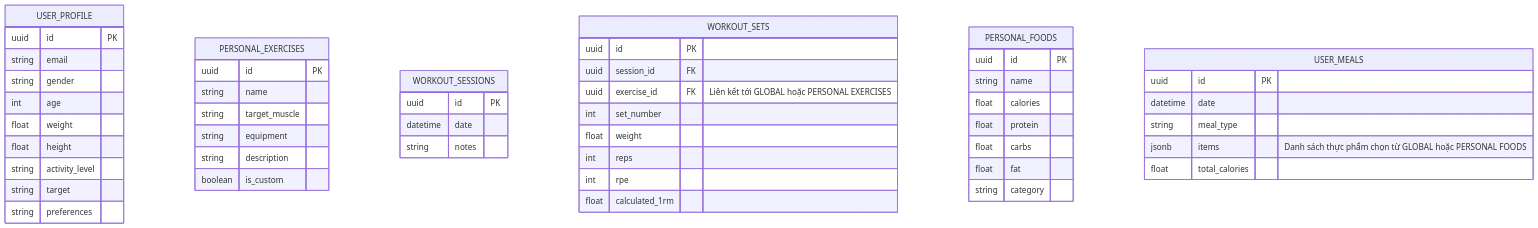
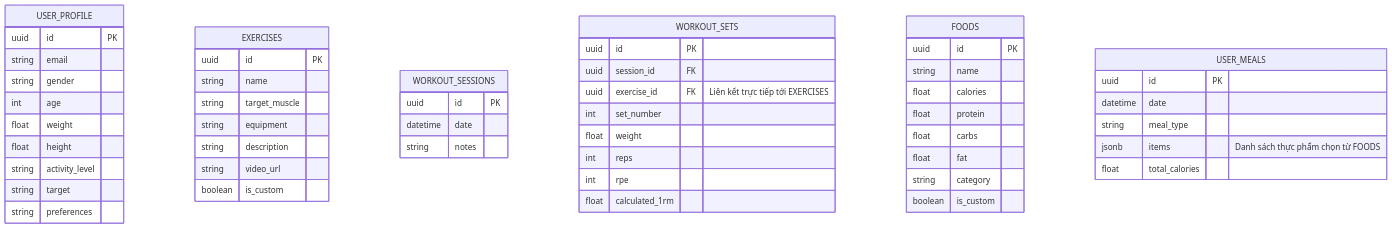
Before and after one commit to felixilars/Aegymer: the third of 3 diagrams in plan.md, drawn with Mermaid. The commit also changed other lines of this file and 10 other files, not shown here.

````diff
--- a/plan.md
+++ b/plan.md
@@ -133,53 +133,55 @@
 ```mermaid
 erDiagram
     USER_PROFILE {
         uuid id PK
         string email
         string gender
         int age
         float weight
         float height
         string activity_level
         string target
         string preferences
     }
-    PERSONAL_EXERCISES {
+    EXERCISES {
         uuid id PK
         string name
         string target_muscle
         string equipment
         string description
+        string video_url
         boolean is_custom
     }
     WORKOUT_SESSIONS {
         uuid id PK
         datetime date
         string notes
     }
     WORKOUT_SETS {
         uuid id PK
         uuid session_id FK
-        uuid exercise_id FK "Liên kết tới GLOBAL hoặc PERSONAL EXERCISES"
+        uuid exercise_id FK "Liên kết trực tiếp tới EXERCISES"
         int set_number
         float weight
         int reps
         int rpe
         float calculated_1rm
     }
-    PERSONAL_FOODS {
+    FOODS {
         uuid id PK
         string name
         float calories
         float protein
         float carbs
         float fat
         string category
+        boolean is_custom
     }
     USER_MEALS {
         uuid id PK
         datetime date
         string meal_type
-        jsonb items "Danh sách thực phẩm chọn từ GLOBAL hoặc PERSONAL FOODS"
+        jsonb items "Danh sách thực phẩm chọn từ FOODS"
         float total_calories
     }
 ```
````
